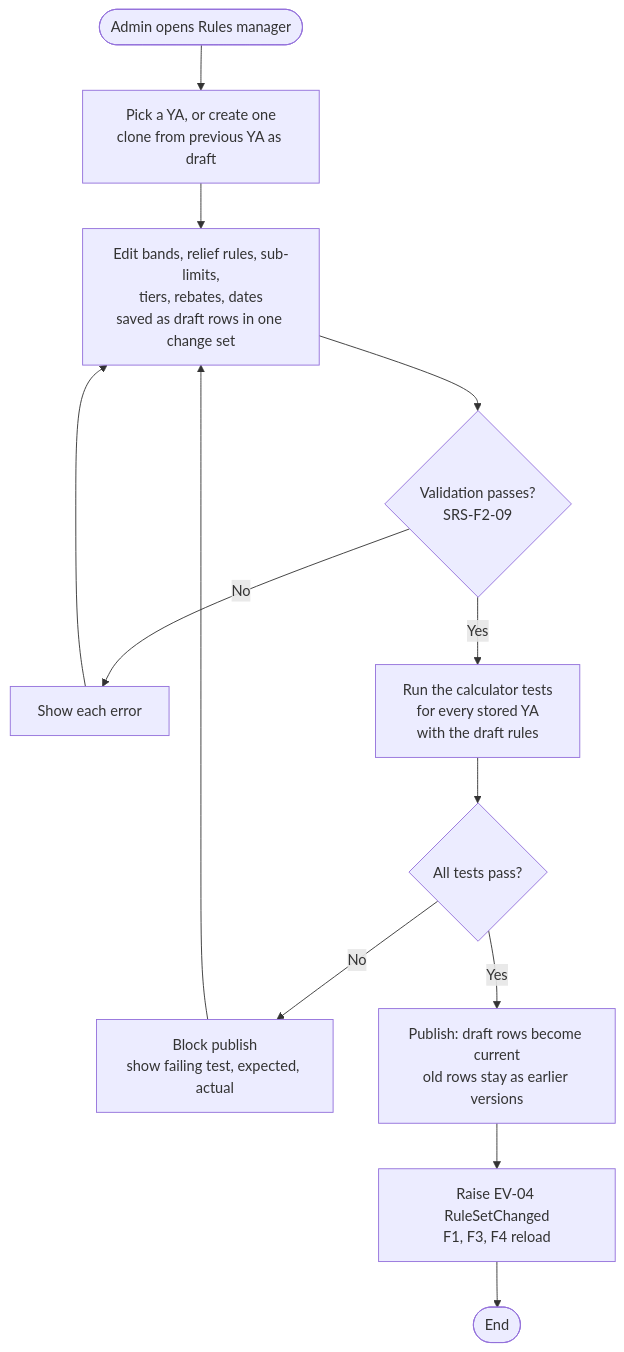
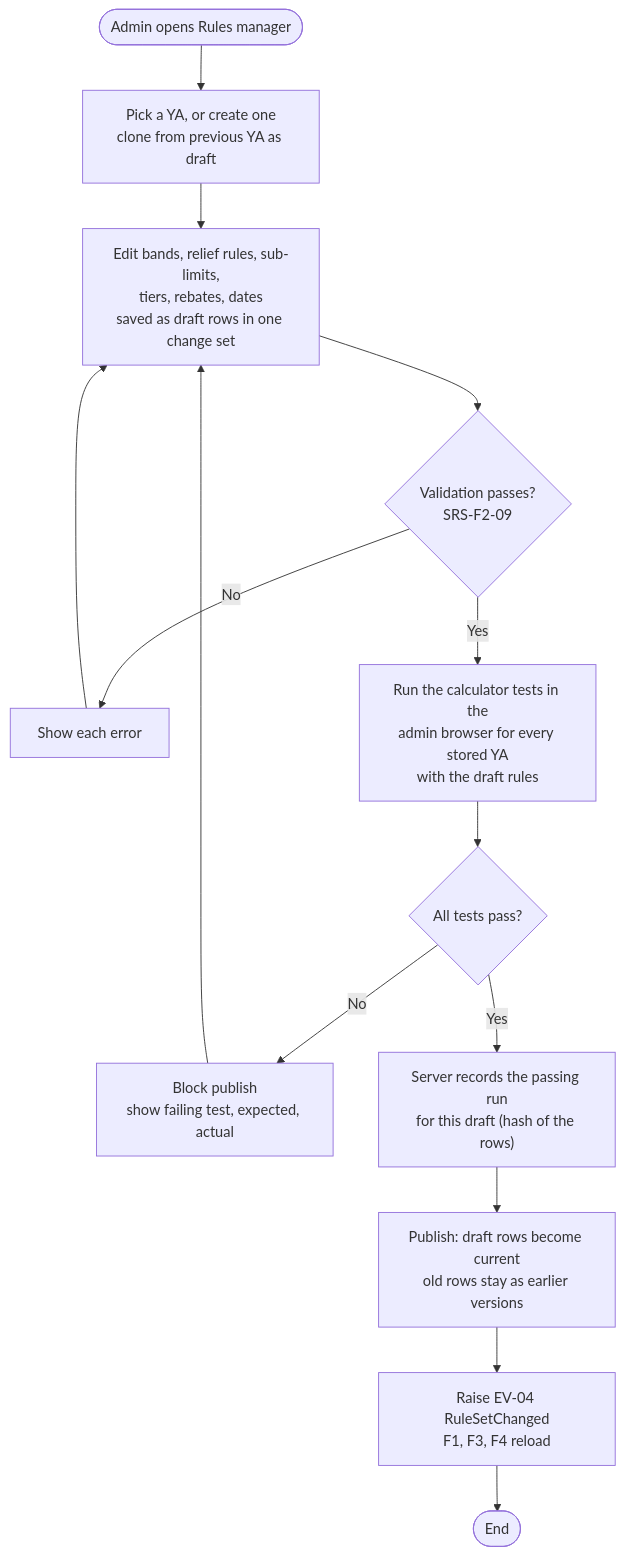
One commit to Juthyra/Tax-Relief-Manager-TRM- changed the fifth of 8 diagrams in docs/specs/URS_SRS_F2_Relief_Categories.md. Above: the diagram before and after it, drawn with Mermaid. The commit also changed other lines of this file and 24 other files, not shown here.

````diff
--- a/docs/specs/URS_SRS_F2_Relief_Categories.md
+++ b/docs/specs/URS_SRS_F2_Relief_Categories.md
@@ -201,15 +201,16 @@
 ```mermaid
 flowchart TD
   S(["Admin opens Rules manager"]) --> Y["Pick a YA, or create one<br/>clone from previous YA as draft"]
   Y --> ED["Edit bands, relief rules, sub-limits,<br/>tiers, rebates, dates<br/>saved as draft rows in one change set"]
   ED --> V{"Validation passes?<br/>SRS-F2-09"}
   V -- "No" --> ER["Show each error"]
   ER --> ED
-  V -- "Yes" --> T["Run the calculator tests<br/>for every stored YA<br/>with the draft rules"]
+  V -- "Yes" --> T["Run the calculator tests in the<br/>admin browser for every stored YA<br/>with the draft rules"]
   T --> P{"All tests pass?"}
   P -- "No" --> X["Block publish<br/>show failing test, expected, actual"]
   X --> ED
-  P -- "Yes" --> PB["Publish: draft rows become current<br/>old rows stay as earlier versions"]
+  P -- "Yes" --> RR["Server records the passing run<br/>for this draft (hash of the rows)"]
+  RR --> PB["Publish: draft rows become current<br/>old rows stay as earlier versions"]
   PB --> EV["Raise EV-04 RuleSetChanged<br/>F1, F3, F4 reload"]
   EV --> E(["End"])
 ```
````
